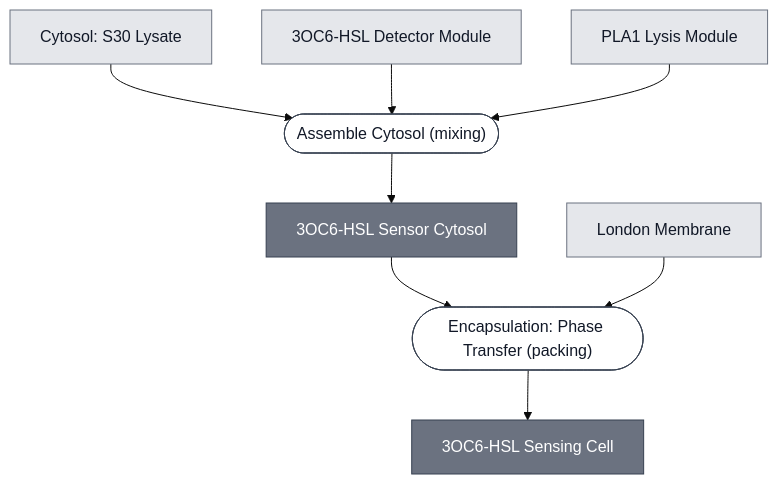
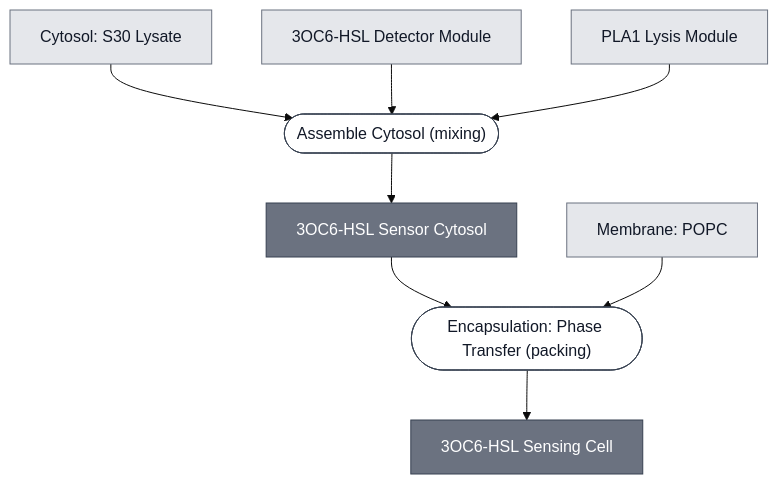
Before and after one commit to nucleus-eng/nucleus-docs: the diagram in docs/modules/ahsl-sensing-cell/spec.md, drawn with Mermaid (base theme). The commit also changed other lines of this file and 49 other files, not shown here.

````diff
--- a/docs/modules/ahsl-sensing-cell/spec.md
+++ b/docs/modules/ahsl-sensing-cell/spec.md
@@ -29,38 +29,38 @@
 ```mermaid
 flowchart TD
     S30_LYSATE["Cytosol: S30 Lysate"]
     DETECTOR_3OC6_HSL["3OC6-HSL Detector Module"]
     EFFECTOR_PLA1["PLA1 Lysis Module"]
-    MEMBRANE_POPC["London Membrane"]
+    MEMBRANE_POPC["Membrane: POPC"]
 
     P1_ASSEMBLE_CYTOSOL_0(["Assemble Cytosol (mixing)"])
     AHSL_SENSOR_CYTOSOL["3OC6-HSL Sensor Cytosol"]
     P2_ENCAPSULATE_0(["Encapsulation: Phase Transfer (packing)"])
     AHSL_SENSING_CELL["3OC6-HSL Sensing Cell"]
 
     S30_LYSATE --> P1_ASSEMBLE_CYTOSOL_0
     DETECTOR_3OC6_HSL --> P1_ASSEMBLE_CYTOSOL_0
     EFFECTOR_PLA1 --> P1_ASSEMBLE_CYTOSOL_0
     P1_ASSEMBLE_CYTOSOL_0 --> AHSL_SENSOR_CYTOSOL
 
     AHSL_SENSOR_CYTOSOL --> P2_ENCAPSULATE_0
     MEMBRANE_POPC --> P2_ENCAPSULATE_0
     P2_ENCAPSULATE_0 --> AHSL_SENSING_CELL
 
 
     classDef leaf     fill:#e5e7eb,stroke:#6b7280,color:#111827;
     classDef composed fill:#6b7280,stroke:#374151,color:#ffffff;
     classDef process  fill:#ffffff,stroke:#374151,color:#111827;
     class S30_LYSATE,DETECTOR_3OC6_HSL,EFFECTOR_PLA1,MEMBRANE_POPC leaf;
     class AHSL_SENSOR_CYTOSOL,AHSL_SENSING_CELL composed;
     class P1_ASSEMBLE_CYTOSOL_0,P2_ENCAPSULATE_0 process;
 
     click S30_LYSATE "/docs/modules/s30-lysate/spec"
     click DETECTOR_3OC6_HSL "/docs/modules/detector-3oc6-hsl/spec"
     click EFFECTOR_PLA1 "/docs/modules/effector-pla1/spec"
     click MEMBRANE_POPC "/docs/modules/membrane-popc/spec"
     click P1_ASSEMBLE_CYTOSOL_0 "/docs/processes/assemble-cytosol/assemble-cytosol-main"
     click AHSL_SENSOR_CYTOSOL "/docs/modules/ahsl-sensor-cytosol/spec"
     click P2_ENCAPSULATE_0 "/docs/processes/assemble-base-cell/main"
     click AHSL_SENSING_CELL "/docs/modules/ahsl-sensing-cell/spec"
 ```
````
